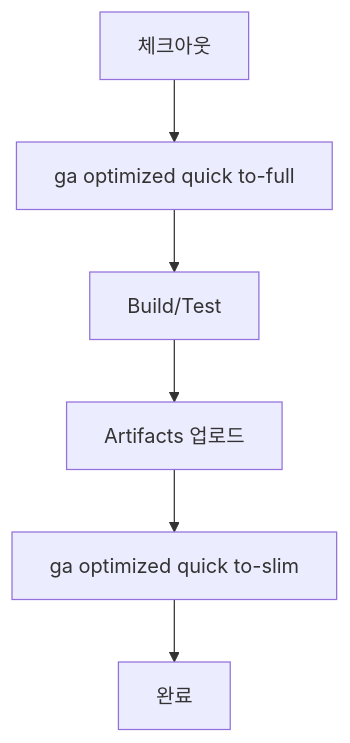
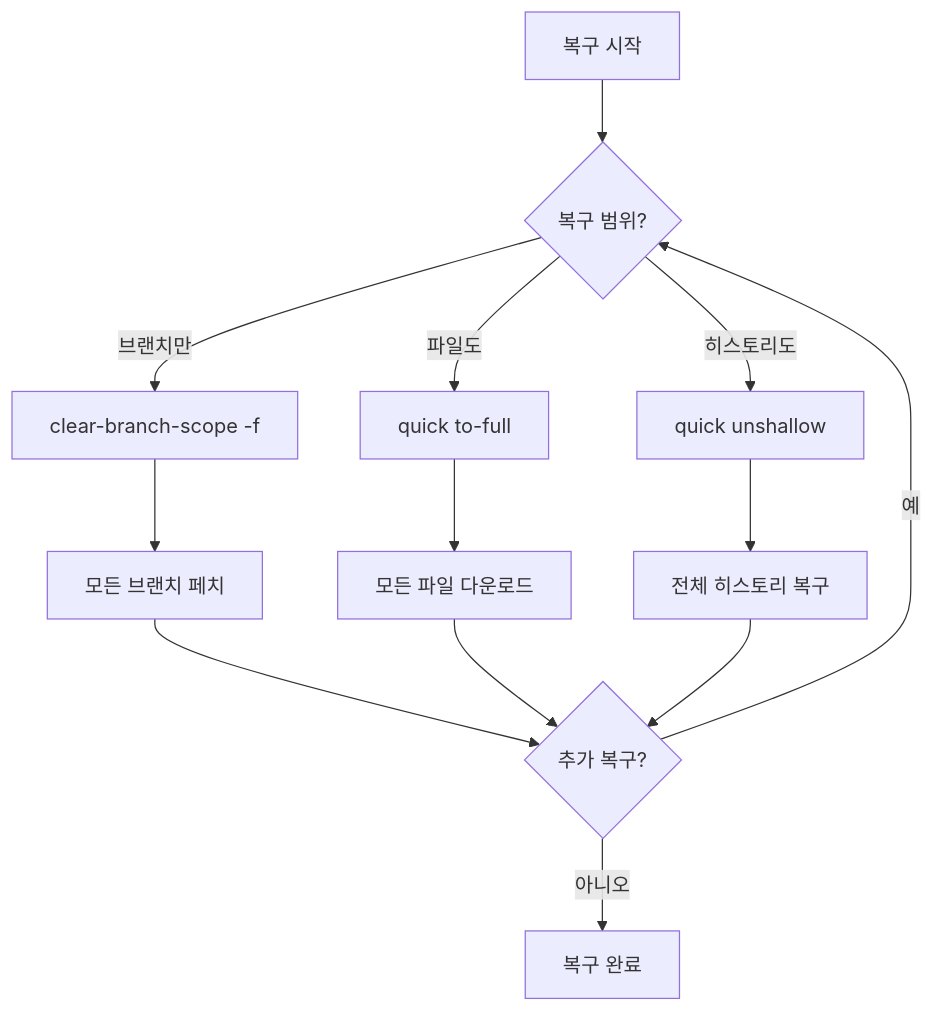
Before and after one commit to yoonhwan-neowiz/homebrew-workingcli: the ninth of 10 diagrams in GIT.WORK.md, drawn with Mermaid. The commit also changed other lines of this file and 1 other file, not shown here.

````diff
--- a/GIT.WORK.md
+++ b/GIT.WORK.md
@@ -249,8 +366,15 @@
 ```mermaid
 flowchart TD
-  A[체크아웃] --> B[ga optimized quick to-full]
-  B --> C[Build/Test]
-  C --> D[Artifacts 업로드]
-  D --> E[ga optimized quick to-slim]
-  E --> F[완료]
+  A[복구 시작] --> B{복구 범위?}
+  B -->|브랜치만| C[clear-branch-scope -f]
+  B -->|파일도| D[quick to-full]
+  B -->|히스토리도| E[quick unshallow]
+  C --> F[모든 브랜치 페치]
+  D --> G[모든 파일 다운로드]
+  E --> H[전체 히스토리 복구]
+  F --> I{추가 복구?}
+  G --> I
+  H --> I
+  I -->|예| B
+  I -->|아니오| J[복구 완료]
 ```
````
